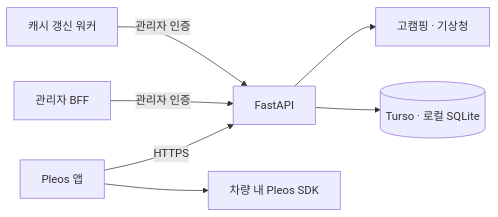
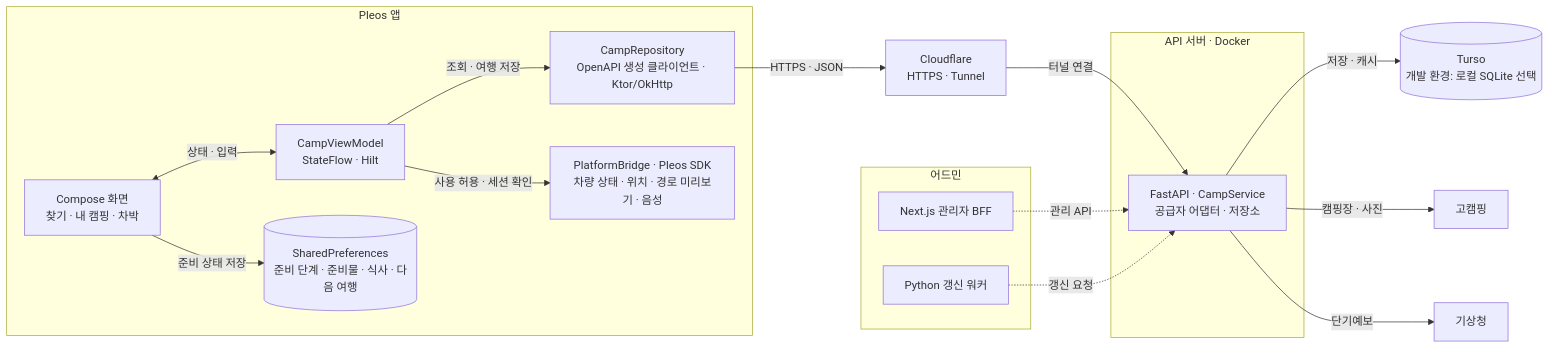
One commit to first-fluke/camp-room changed the diagram in docs/architecture/SERVER_ARCHITECTURE.md. Above: the diagram before and after it, drawn with Mermaid. The commit also changed other lines of this file and 4 other files, not shown here.

First line of the commit message:
docs(architecture): update server architecture and add cloud expansion plan

````diff
--- a/docs/architecture/SERVER_ARCHITECTURE.md
+++ b/docs/architecture/SERVER_ARCHITECTURE.md
@@ -7,9 +7,23 @@
 ```mermaid
 flowchart LR
-    App["Pleos 앱"] -->|HTTPS| API["FastAPI"]
-    App --> SDK["차량 내 Pleos SDK"]
-    API --> Providers["고캠핑 · 기상청"]
-    API --> DB[("Turso · 로컬 SQLite")]
-    Admin["관리자 BFF"] -->|관리자 인증| API
-    Worker["캐시 갱신 워커"] -->|관리자 인증| API
+    subgraph Vehicle["Pleos 앱"]
+        UI["Compose 화면<br/>찾기 · 내 캠핑 · 차박"] <-->|"상태 · 입력"| VM["CampViewModel<br/>StateFlow · Hilt"]
+        VM -->|"조회 · 여행 저장"| Client["CampRepository<br/>OpenAPI 생성 클라이언트 · Ktor/OkHttp"]
+        UI -->|"준비 상태 저장"| Local[("SharedPreferences<br/>준비 단계 · 준비물 · 식사 · 다음 여행")]
+        VM -->|"사용 허용 · 세션 확인"| SDK["PlatformBridge · Pleos SDK<br/>차량 상태 · 위치 · 경로 미리보기 · 음성"]
+    end
+    Client -->|"HTTPS · JSON"| Edge["Cloudflare<br/>HTTPS · Tunnel"]
+    subgraph Server["API 서버 · Docker"]
+        API["FastAPI · CampService<br/>공급자 어댑터 · 저장소"]
+    end
+    Edge -->|"터널 연결"| API
+    API -->|"저장 · 캐시"| DB[("Turso<br/>개발 환경: 로컬 SQLite 선택")]
+    API -->|"캠핑장 · 사진"| GoCamping["고캠핑"]
+    API -->|"단기예보"| KMA["기상청"]
+    subgraph Optional["어드민"]
+        Admin["Next.js 관리자 BFF"]
+        Worker["Python 갱신 워커"]
+    end
+    Admin -.->|"관리 API"| API
+    Worker -.->|"갱신 요청"| API
 ```
````
